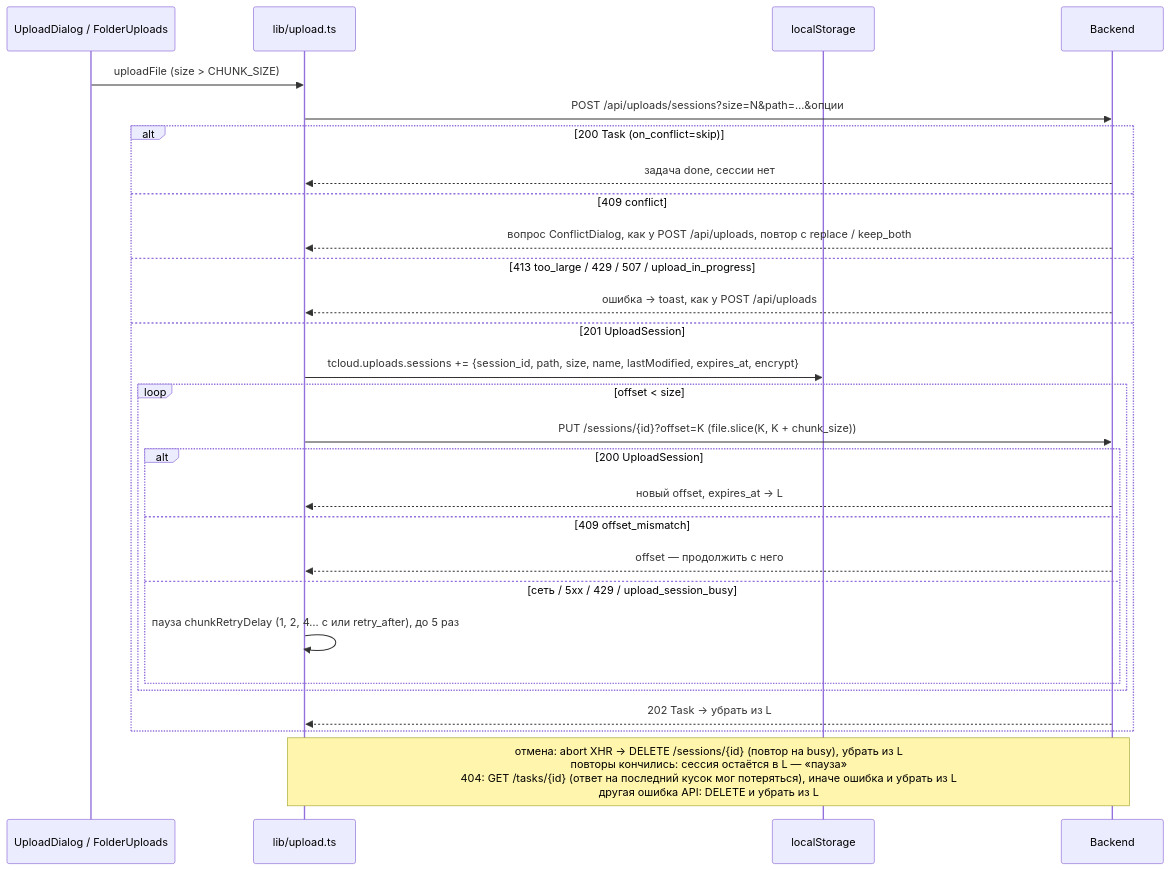
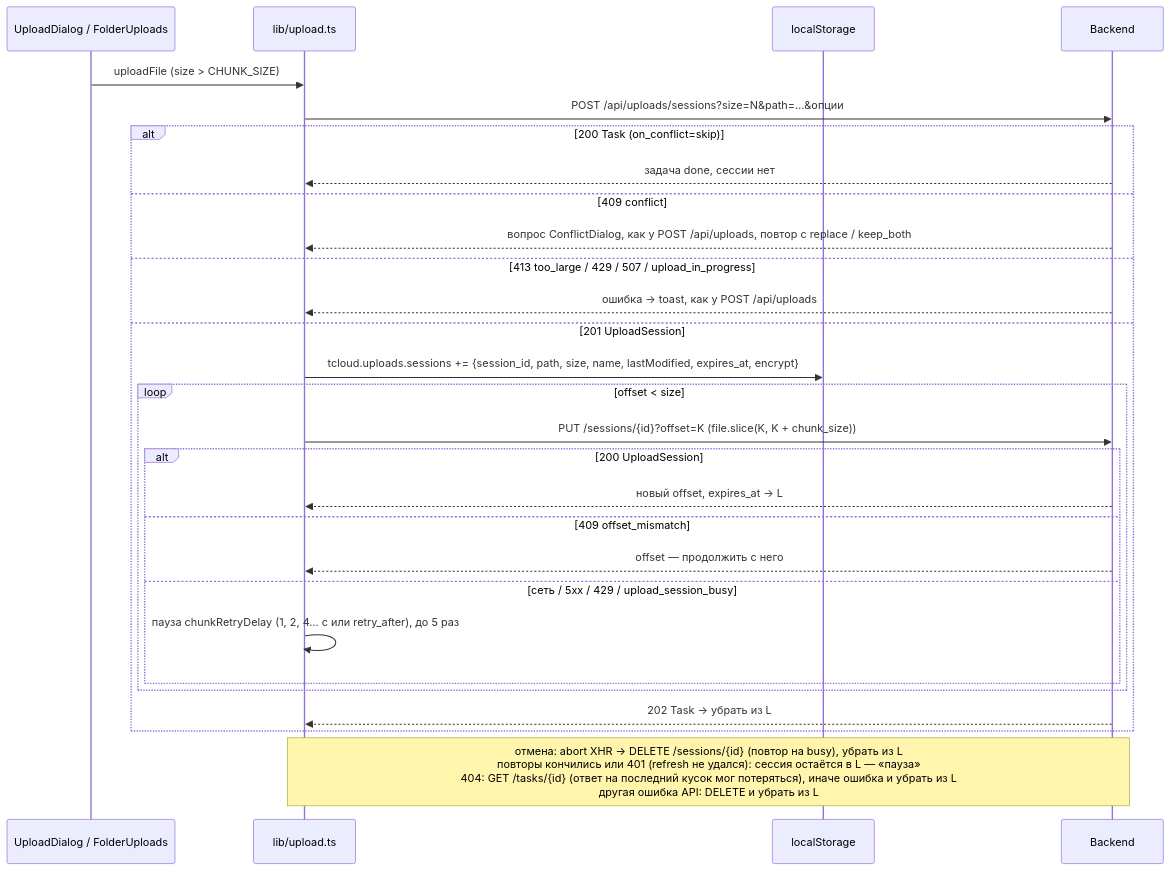
The third of 7 diagrams in docs/uploads-and-tasks.md (NikitkaZXC/tcloud-frontend), drawn with Mermaid before and after one commit. The commit also changed other lines of this file and 2 other files, not shown here.

Commit message:
fix: pause a resumable upload instead of deleting it when the login expires

````diff
--- a/docs/uploads-and-tasks.md
+++ b/docs/uploads-and-tasks.md
@@ -116,30 +116,30 @@
 ```mermaid
 sequenceDiagram
     participant D as UploadDialog / FolderUploads
     participant U as lib/upload.ts
     participant L as localStorage
     participant B as Backend
     D->>U: uploadFile (size > CHUNK_SIZE)
     U->>B: POST /api/uploads/sessions?size=N&path=…&опции
     alt 200 Task (on_conflict=skip)
         B-->>U: задача done, сессии нет
     else 409 conflict
         B-->>U: вопрос ConflictDialog, как у POST /api/uploads, повтор с replace / keep_both
     else 413 too_large / 429 / 507 / upload_in_progress
         B-->>U: ошибка → toast, как у POST /api/uploads
     else 201 UploadSession
         U->>L: tcloud.uploads.sessions += {session_id, path, size, name, lastModified, expires_at, encrypt}
         loop offset < size
             U->>B: PUT /sessions/{id}?offset=K (file.slice(K, K + chunk_size))
             alt 200 UploadSession
                 B-->>U: новый offset, expires_at → L
             else 409 offset_mismatch
                 B-->>U: offset — продолжить с него
             else сеть / 5xx / 429 / upload_session_busy
                 U->>U: пауза chunkRetryDelay (1, 2, 4… с или retry_after), до 5 раз
             end
         end
         B-->>U: 202 Task → убрать из L
     end
-    Note over U,B: отмена: abort XHR → DELETE /sessions/{id} (повтор на busy), убрать из L<br/>повторы кончились: сессия остаётся в L — «пауза»<br/>404: GET /tasks/{id} (ответ на последний кусок мог потеряться), иначе ошибка и убрать из L<br/>другая ошибка API: DELETE и убрать из L
+    Note over U,B: отмена: abort XHR → DELETE /sessions/{id} (повтор на busy), убрать из L<br/>повторы кончились или 401 (refresh не удался): сессия остаётся в L — «пауза»<br/>404: GET /tasks/{id} (ответ на последний кусок мог потеряться), иначе ошибка и убрать из L<br/>другая ошибка API: DELETE и убрать из L
 ```
````
